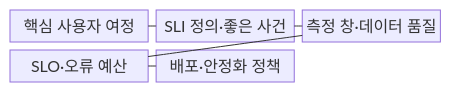
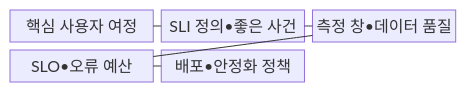
Before and after one commit to agnusdei1207/knowledge-base: the first of 2 diagrams in src/content/docs/notes/06-evaluation/015_slo_sli.md, drawn with Mermaid. The commit also changed other lines of this file and 953 other files, not shown here.

````diff
--- a/src/content/docs/notes/06-evaluation/015_slo_sli.md
+++ b/src/content/docs/notes/06-evaluation/015_slo_sli.md
@@ -64,13 +64,13 @@
 ```mermaid
 block-beta
   columns 3
   J["핵심 사용자 여정"]
-  I["SLI 정의·좋은 사건"]
-  W["측정 창·데이터 품질"]
-  O["SLO·오류 예산"]
-  P["배포·안정화 정책"]
+  I["SLI 정의•좋은 사건"]
+  W["측정 창•데이터 품질"]
+  O["SLO•오류 예산"]
+  P["배포•안정화 정책"]
   J --- I
   I --- W
   W --- O
   O --- P
 ```
````
